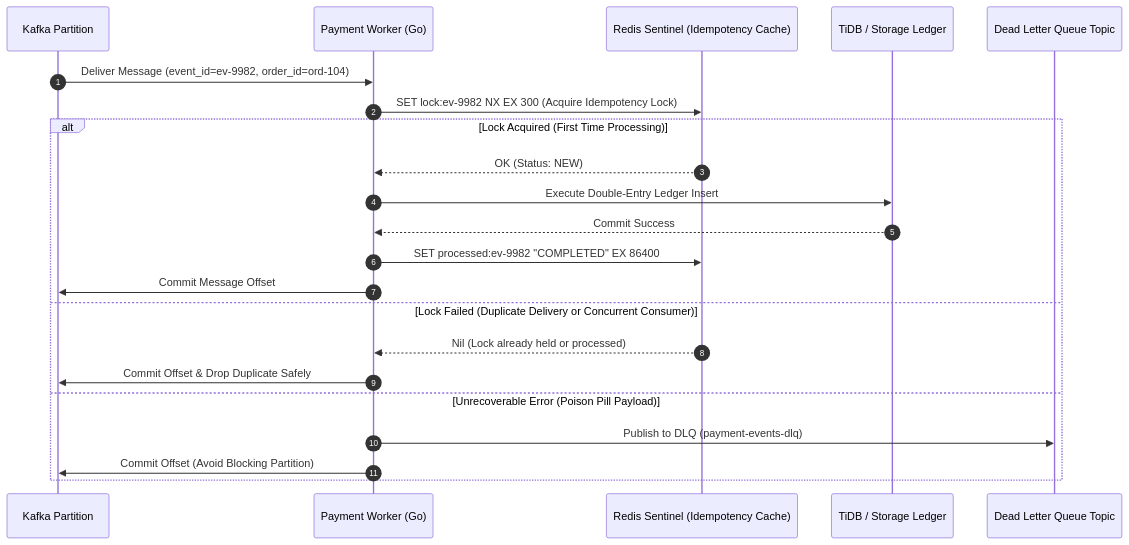
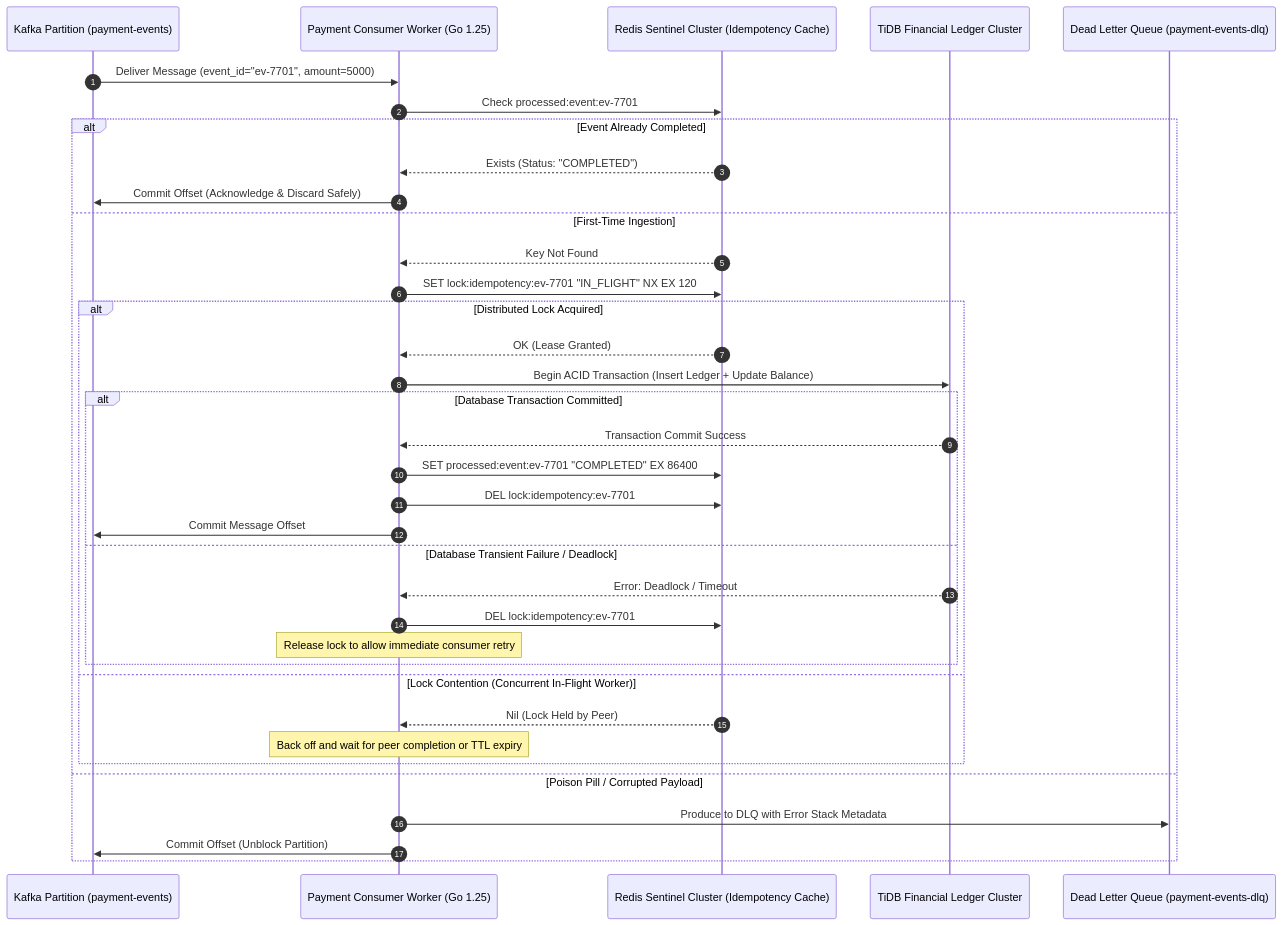
The third of 3 diagrams in content/series/paypay-architecture/part-2-event-driven-kafka.md (vesviet/vesviet), drawn with Mermaid before and after one commit. The commit also changed other lines of this file and 36 other files, not shown here.

Commit message:
feat(sprint-2): upgrade paypay and shopee architecture series to 2027 SOTA masterclass

````diff
--- a/content/series/paypay-architecture/part-2-event-driven-kafka.md
+++ b/content/series/paypay-architecture/part-2-event-driven-kafka.md
@@ -103,26 +160,39 @@
 ```mermaid
 sequenceDiagram
     autonumber
-    participant Kafka as Kafka Partition
-    participant Consumer as Payment Worker (Go)
-    participant Redis as Redis Sentinel (Idempotency Cache)
-    participant DB as TiDB / Storage Ledger
-    participant DLQ as Dead Letter Queue Topic
+    participant Kafka as Kafka Partition (payment-events)
+    participant Worker as Payment Consumer Worker (Go 1.25)
+    participant Redis as Redis Sentinel Cluster (Idempotency Cache)
+    participant DB as TiDB Financial Ledger Cluster
+    participant DLQ as Dead Letter Queue (payment-events-dlq)
 
-    Kafka->>Consumer: Deliver Message (event_id=ev-9982, order_id=ord-104)
-    Consumer->>Redis: SET lock:ev-9982 NX EX 300 (Acquire Idempotency Lock)
-
-    alt Lock Acquired (First Time Processing)
-        Redis-->>Consumer: OK (Status: NEW)
-        Consumer->>DB: Execute Double-Entry Ledger Insert
-        DB-->>Consumer: Commit Success
-        Consumer->>Redis: SET processed:ev-9982 "COMPLETED" EX 86400
-        Consumer->>Kafka: Commit Message Offset
-    else Lock Failed (Duplicate Delivery or Concurrent Consumer)
-        Redis-->>Consumer: Nil (Lock already held or processed)
-        Consumer->>Kafka: Commit Offset & Drop Duplicate Safely
-    else Unrecoverable Error (Poison Pill Payload)
-        Consumer->>DLQ: Publish to DLQ (payment-events-dlq)
-        Consumer->>Kafka: Commit Offset (Avoid Blocking Partition)
+    Kafka->>Worker: Deliver Message (event_id="ev-7701", amount=5000)
+    Worker->>Redis: Check processed:event:ev-7701
+    alt Event Already Completed
+        Redis-->>Worker: Exists (Status: "COMPLETED")
+        Worker->>Kafka: Commit Offset (Acknowledge & Discard Safely)
+    else First-Time Ingestion
+        Redis-->>Worker: Key Not Found
+        Worker->>Redis: SET lock:idempotency:ev-7701 "IN_FLIGHT" NX EX 120
+        alt Distributed Lock Acquired
+            Redis-->>Worker: OK (Lease Granted)
+            Worker->>DB: Begin ACID Transaction (Insert Ledger + Update Balance)
+            alt Database Transaction Committed
+                DB-->>Worker: Transaction Commit Success
+                Worker->>Redis: SET processed:event:ev-7701 "COMPLETED" EX 86400
+                Worker->>Redis: DEL lock:idempotency:ev-7701
+                Worker->>Kafka: Commit Message Offset
+            else Database Transient Failure / Deadlock
+                DB-->>Worker: Error: Deadlock / Timeout
+                Worker->>Redis: DEL lock:idempotency:ev-7701
+                Note over Worker: Release lock to allow immediate consumer retry
+            end
+        else Lock Contention (Concurrent In-Flight Worker)
+            Redis-->>Worker: Nil (Lock Held by Peer)
+            Note over Worker: Back off and wait for peer completion or TTL expiry
+        end
+    else Poison Pill / Corrupted Payload
+        Worker->>DLQ: Produce to DLQ with Error Stack Metadata
+        Worker->>Kafka: Commit Offset (Unblock Partition)
     end
 ```
````
